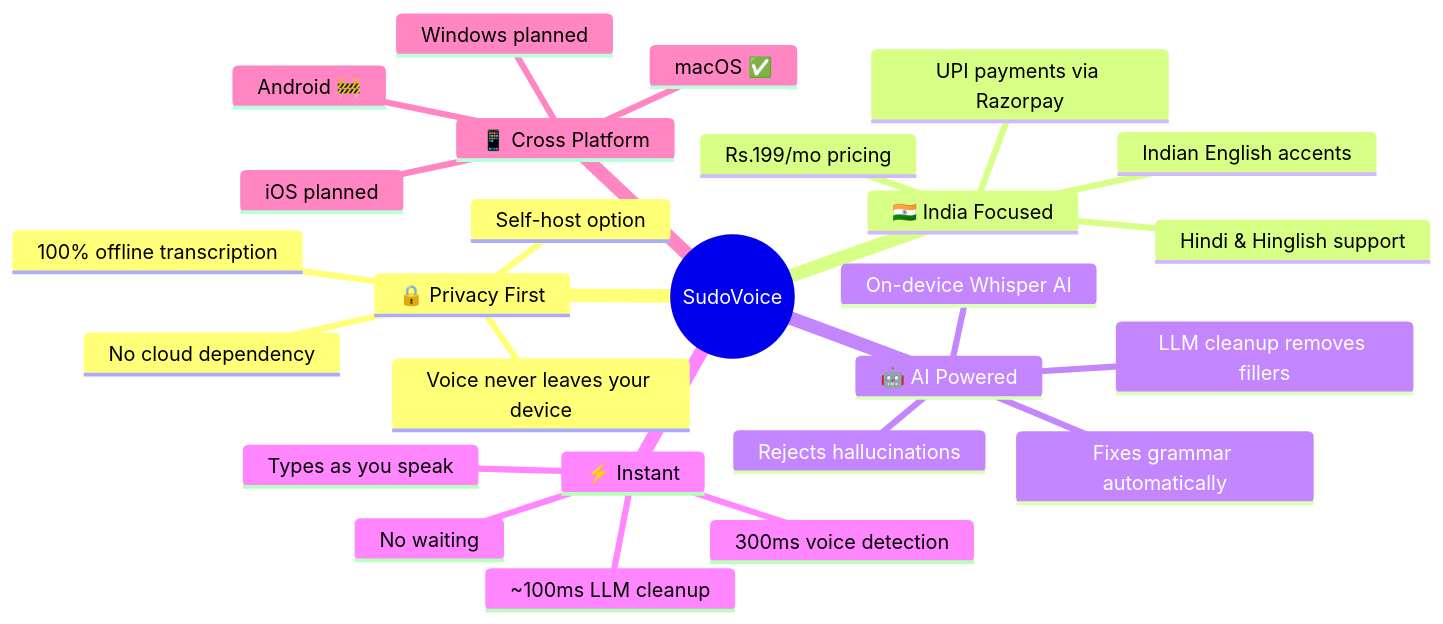
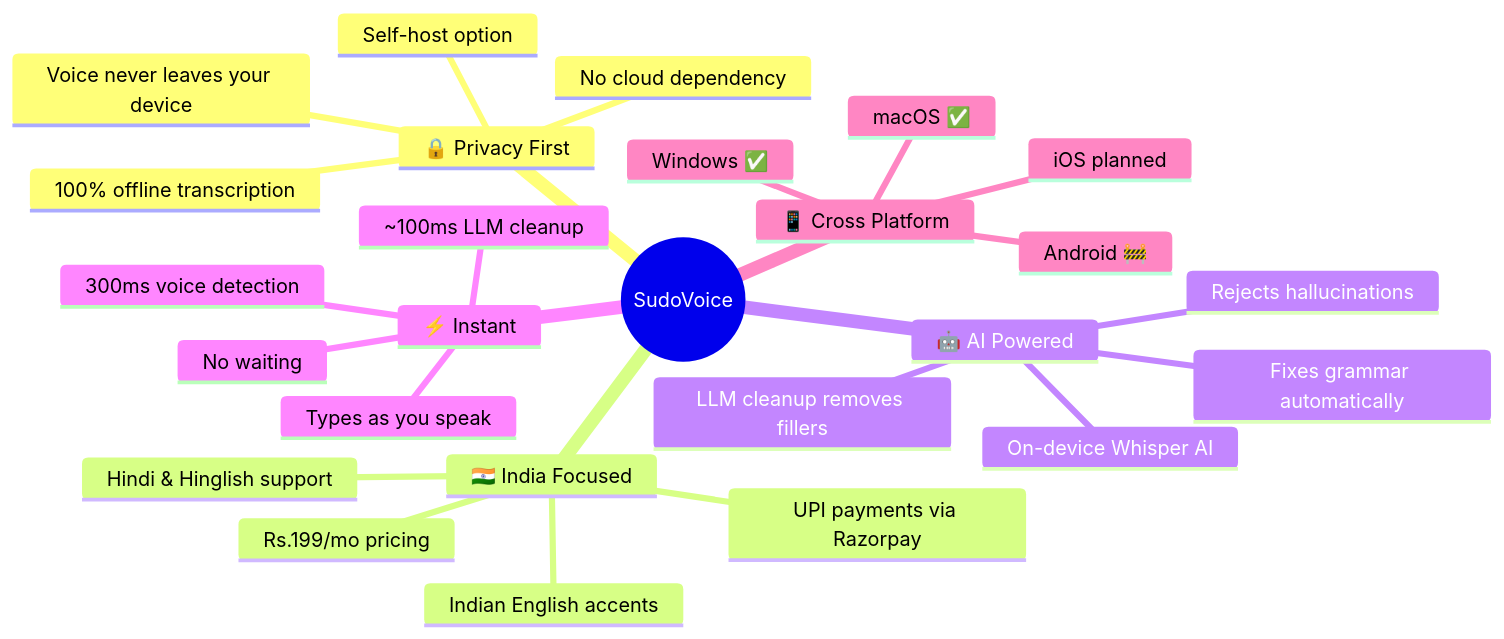
The second of 17 diagrams in README.md (Sudo-vishal/sudo-voice), drawn with Mermaid before and after one commit. The commit also changed other lines of this file and 29 other files, not shown here.

````diff
--- a/README.md
+++ b/README.md
@@ -57,29 +60,29 @@
 ```mermaid
 mindmap
   root((SudoVoice))
     🔒 Privacy First
       100% offline transcription
       Voice never leaves your device
       No cloud dependency
       Self-host option
     🇮🇳 India Focused
       Indian English accents
       Hindi & Hinglish support
       UPI payments via Razorpay
       Rs.199/mo pricing
     🤖 AI Powered
       On-device Whisper AI
       LLM cleanup removes fillers
       Fixes grammar automatically
       Rejects hallucinations
     ⚡ Instant
       ~100ms LLM cleanup
       300ms voice detection
       Types as you speak
       No waiting
     📱 Cross Platform
       macOS ✅
+      Windows ✅
       Android 🚧
       iOS planned
-      Windows planned
 ```
````
